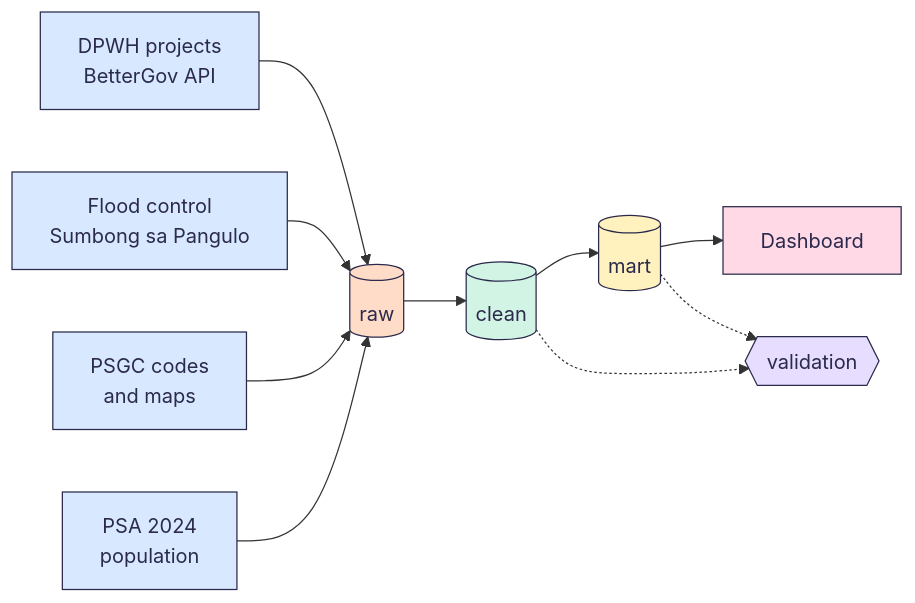
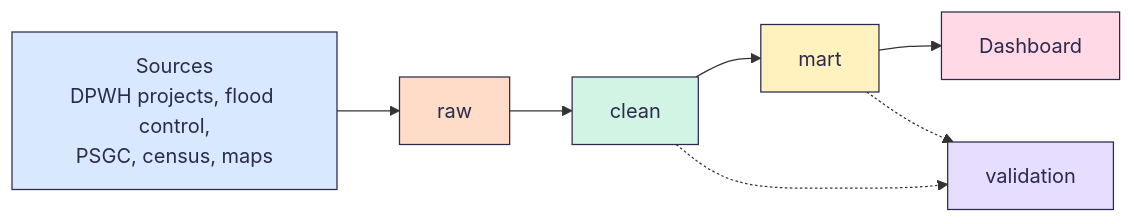
One commit to czekinah/buildabida-capstone changed the diagram in README.md. Above: the diagram before and after it, drawn with Mermaid. The commit also changed other lines of this file and 1 other file, not shown here.

````diff
--- a/README.md
+++ b/README.md
@@ -49,18 +33,15 @@
 ```mermaid
 flowchart LR
-    A["DPWH projects<br>BetterGov API"]:::src --> R[("raw")]:::raw
-    B["Flood control<br>Sumbong sa Pangulo"]:::src --> R
-    C["PSGC codes<br>and maps"]:::src --> R
-    D["PSA 2024<br>population"]:::src --> R
-    R --> CL[("clean")]:::clean
-    CL --> M[("mart")]:::mart
-    M --> DB["Dashboard"]:::dash
-    CL -.-> V{{"validation"}}:::val
+    S["Sources<br>DPWH projects, flood control,<br>PSGC, census, maps"]:::src --> R["raw"]:::raw
+    R --> C["clean"]:::clean
+    C --> M["mart"]:::mart
+    M --> D["Dashboard"]:::dash
+    C -.-> V["validation"]:::val
     M -.-> V
     classDef src fill:#D7E8FF,stroke:#2B2A4C,color:#2B2A4C
     classDef raw fill:#FFDCC8,stroke:#2B2A4C,color:#2B2A4C
     classDef clean fill:#D2F4E4,stroke:#2B2A4C,color:#2B2A4C
     classDef mart fill:#FFF2BF,stroke:#2B2A4C,color:#2B2A4C
     classDef val fill:#E6DDFF,stroke:#2B2A4C,color:#2B2A4C
     classDef dash fill:#FFD9E6,stroke:#2B2A4C,color:#2B2A4C
 ```
````
